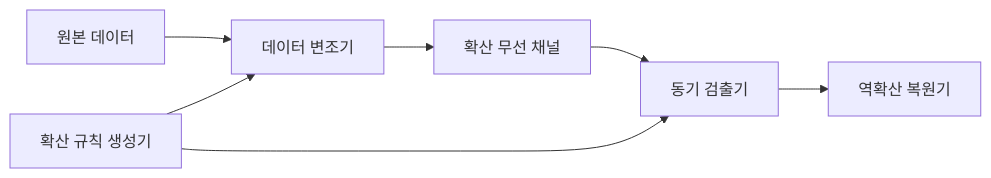
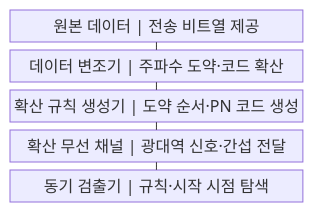
The first of 2 diagrams in src/content/docs/notes/04-network/035_fhss_dsss.md (agnusdei1207/knowledge-base), drawn with Mermaid before and after one commit. The commit also changed other lines of this file and 20 other files, not shown here.

````diff
--- a/src/content/docs/notes/04-network/035_fhss_dsss.md
+++ b/src/content/docs/notes/04-network/035_fhss_dsss.md
@@ -50,9 +50,13 @@
 ```mermaid
-flowchart LR
-  D["원본 데이터"] --> M["데이터 변조기"]
-  G["확산 규칙 생성기"] --> M
-  M --> C["확산 무선 채널"]
-  C --> S["동기 검출기"]
-  G --> S
-  S --> R["역확산 복원기"]
+block
+    columns 1
+    A["원본 데이터 | 전송 비트열 제공"]
+    B["데이터 변조기 | 주파수 도약·코드 확산"]
+    C["확산 규칙 생성기 | 도약 순서·PN 코드 생성"]
+    D["확산 무선 채널 | 광대역 신호·간섭 전달"]
+    E["동기 검출기 | 규칙·시작 시점 탐색"]
+    A --- B
+    B --- C
+    C --- D
+    D --- E
 ```
````
